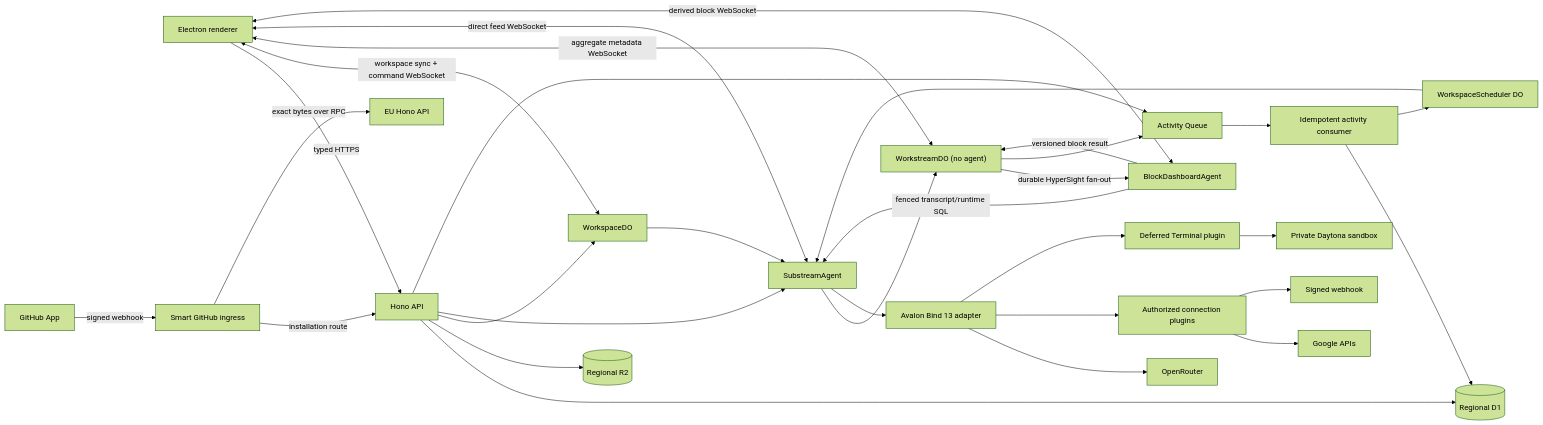
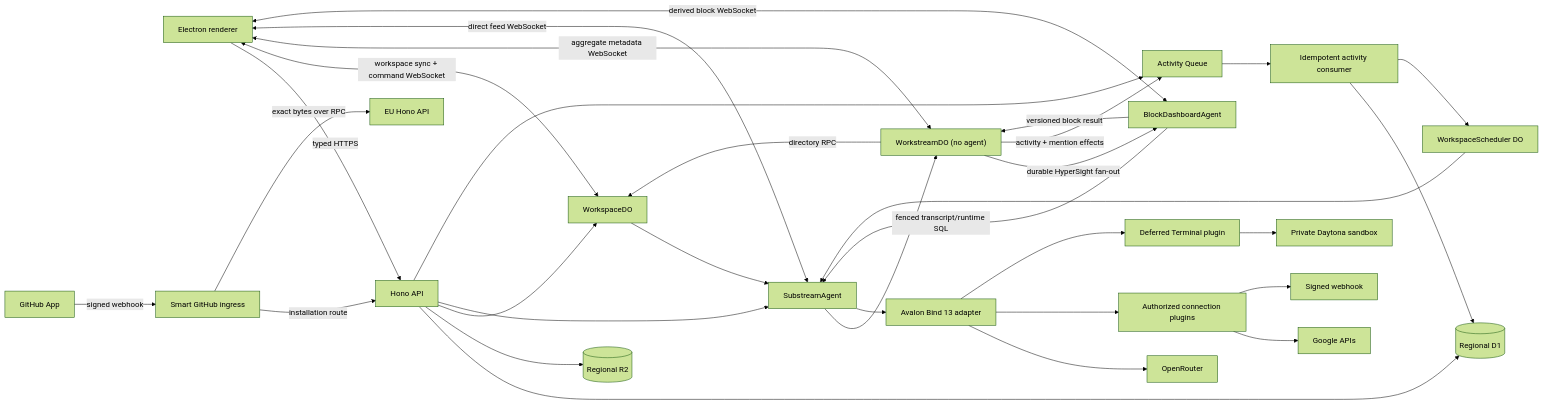
The diagram in docs/architecture.md (juno-ai-labs/avalon), drawn with Mermaid (forest theme) before and after one commit. The commit also changed other lines of this file and 51 other files, not shown here.

````diff
--- a/docs/architecture.md
+++ b/docs/architecture.md
@@ -83,33 +83,34 @@
 ```mermaid
 flowchart LR
   E["Electron renderer"] -->|"typed HTTPS"| H["Hono API"]
   E <-->|"workspace sync + command WebSocket"| WD["WorkspaceDO"]
   E <-->|"aggregate metadata WebSocket"| WS["WorkstreamDO (no agent)"]
   E <-->|"direct feed WebSocket"| SA["SubstreamAgent"]
   E <-->|"derived block WebSocket"| HB["BlockDashboardAgent"]
   WS -->|"durable HyperSight fan-out"| HB["BlockDashboardAgent"]
   HB -->|"fenced transcript/runtime SQL"| SA
   HB -->|"versioned block result"| WS
   H --> D[("Regional D1")]
   H --> B[("Regional R2")]
   H --> WD
   H --> SA
   WD --> SA
   SA --> WS
-  WS --> Q
+  WS -->|"directory RPC"| WD
+  WS -->|"activity + mention effects"| Q
   H --> Q["Activity Queue"]
   GH["GitHub App"] -->|"signed webhook"| GI["Smart GitHub ingress"]
   GI -->|"installation route"| H
   GI -->|"exact bytes over RPC"| EH["EU Hono API"]
   Q --> C["Idempotent activity consumer"]
   C --> D
   C --> S["WorkspaceScheduler DO"]
   S --> SA
   SA --> A["Avalon Bind 13 adapter"]
   A --> O["OpenRouter"]
   A --> T["Authorized connection plugins"]
   A --> X["Deferred Terminal plugin"]
   X --> DT["Private Daytona sandbox"]
   T --> G["Google APIs"]
   T --> M["Signed webhook"]
 ```
````
